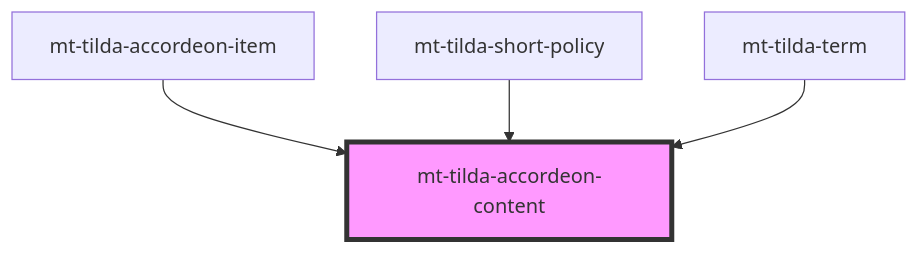
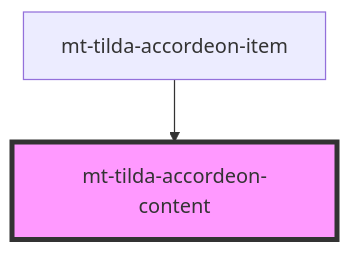
Before and after one commit to elpupi/stencil: the diagram in src/components/tilda/tilda-accordeon/tilda-accordeon-content/readme.md, drawn with Mermaid. The commit also changed other lines of this file and 21 other files, not shown here.

````diff
--- a/src/components/tilda/tilda-accordeon/tilda-accordeon-content/readme.md
+++ b/src/components/tilda/tilda-accordeon/tilda-accordeon-content/readme.md
@@ -17,7 +23,5 @@
 ```mermaid
 graph TD;
   mt-tilda-accordeon-item --> mt-tilda-accordeon-content
-  mt-tilda-short-policy --> mt-tilda-accordeon-content
-  mt-tilda-term --> mt-tilda-accordeon-content
   style mt-tilda-accordeon-content fill:#f9f,stroke:#333,stroke-width:4px
 ```
````
